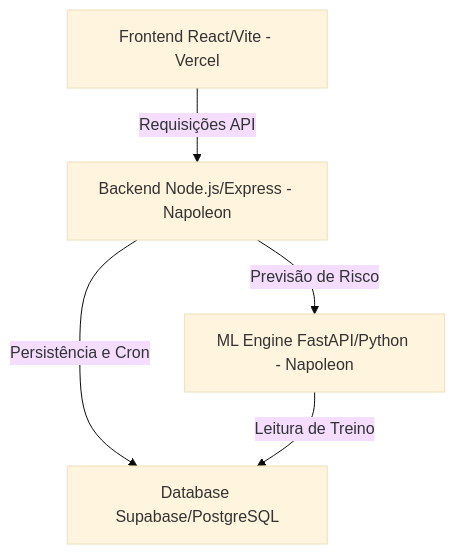
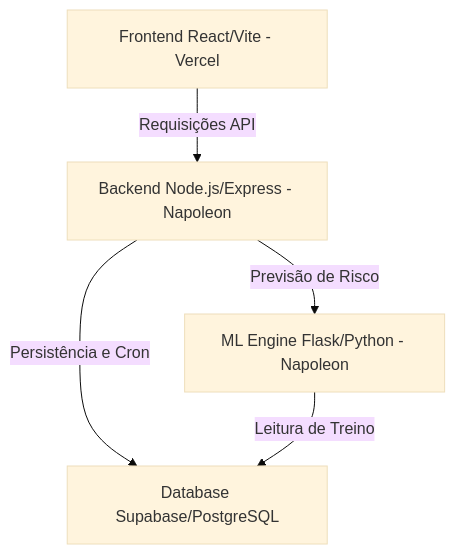
One commit to israeloliveiradev/central-churnguard changed the diagram in README.md. Above: the diagram before and after it, drawn with Mermaid (base theme). The commit also changed other lines of this file and 1 other file, not shown here.

Commit message:
docs: update deployment guidelines and stack info to Flask

````diff
--- a/README.md
+++ b/README.md
@@ -11,7 +11,7 @@
 ```mermaid
 graph TD
     A[Frontend React/Vite - Vercel] -->|Requisições API| B[Backend Node.js/Express - Napoleon]
-    B -->|Previsão de Risco| C[ML Engine FastAPI/Python - Napoleon]
+    B -->|Previsão de Risco| C[ML Engine Flask/Python - Napoleon]
     B -->|Persistência e Cron| D[Database Supabase/PostgreSQL]
     C -->|Leitura de Treino| D
 ```
````
